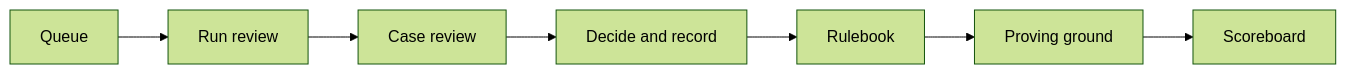
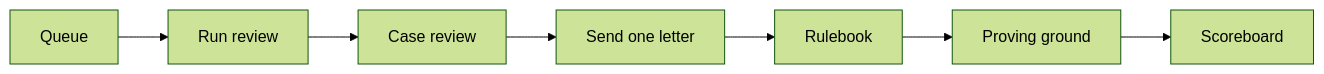
Before and after one commit to andrewhuot/casework-prototype: the diagram in docs/REQUIREMENTS.md, drawn with Mermaid (forest theme). The commit also changed other lines of this file and 12 other files, not shown here.

````diff
--- a/docs/REQUIREMENTS.md
+++ b/docs/REQUIREMENTS.md
@@ -424,4 +437,4 @@
 ```mermaid
 flowchart LR
-  Q[Queue] --> R[Run review] --> C[Case review] --> D[Decide and record] --> B[Rulebook] --> P[Proving ground] --> S[Scoreboard]
+  Q[Queue] --> R[Run review] --> C[Case review] --> D[Send one letter] --> B[Rulebook] --> P[Proving ground] --> S[Scoreboard]
 ```
````
